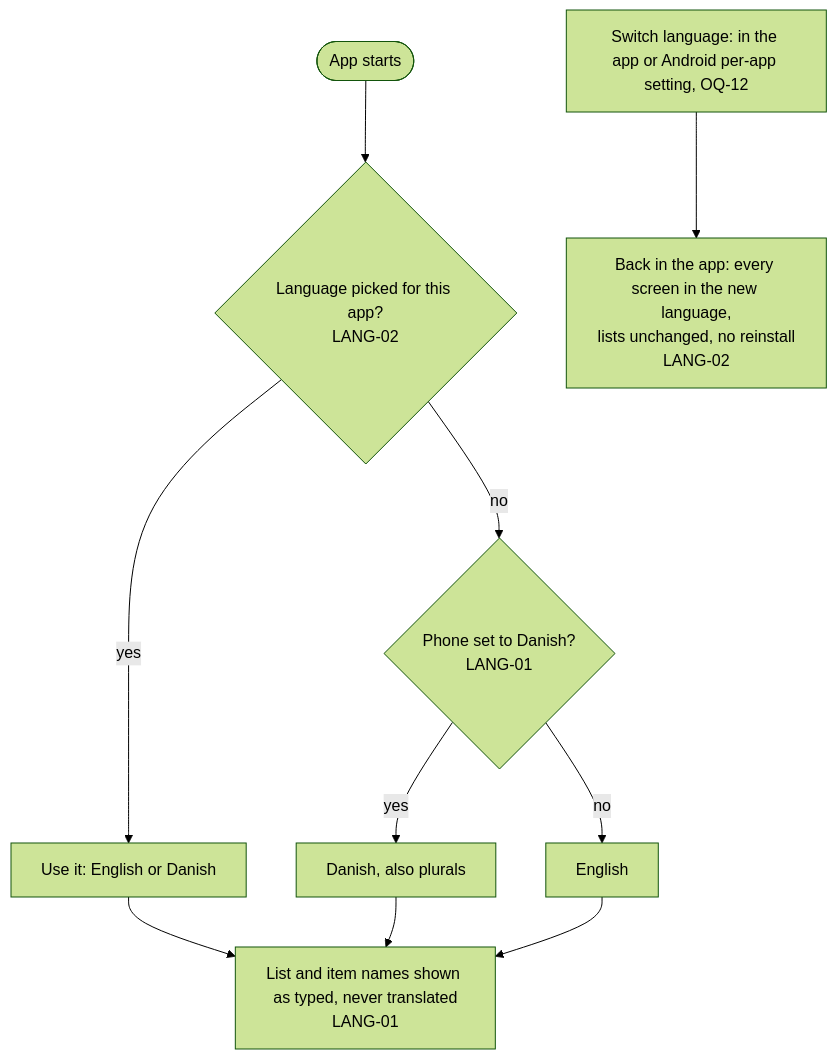
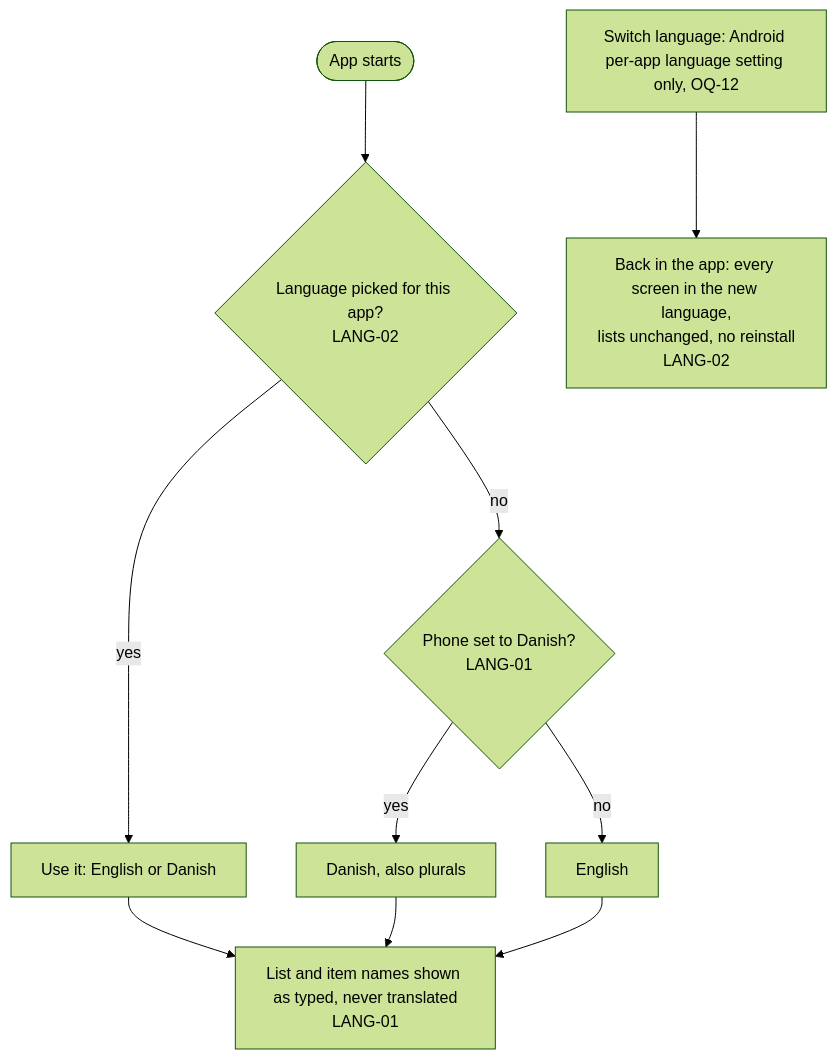
The tenth of 11 diagrams in docs/product/flow.md (bondo/listicles2), drawn with Mermaid (forest theme) before and after one commit. The commit also changed other lines of this file and 1 other file, not shown here.

````diff
--- a/docs/product/flow.md
+++ b/docs/product/flow.md
@@ -224,12 +260,12 @@
 ```mermaid
 flowchart TD
     start(["App starts"]) --> picked{"Language picked for this app?<br>LANG-02"}
     picked -- "yes" --> use["Use it: English or Danish"]
     picked -- "no" --> phone{"Phone set to Danish?<br>LANG-01"}
     phone -- "yes" --> da["Danish, also plurals"]
     phone -- "no" --> en["English"]
-    switch["Switch language: in the app or Android per-app setting, OQ-12"] --> back["Back in the app: every screen in the new language,<br>lists unchanged, no reinstall<br>LANG-02"]
+    switch["Switch language: Android per-app language setting only, OQ-12"] --> back["Back in the app: every screen in the new language,<br>lists unchanged, no reinstall<br>LANG-02"]
     use --> names["List and item names shown as typed, never translated<br>LANG-01"]
     da --> names
     en --> names
 ```
````
